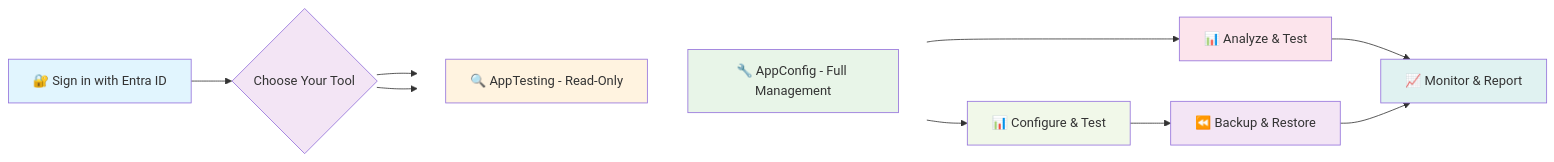
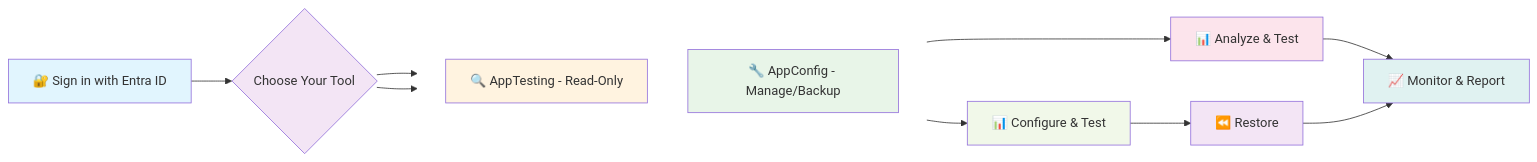
Before and after one commit to AppConfig-Org/AppConfig-Squared: the diagram in README.md, drawn with Mermaid.

Commit message:
Updated files: README.md

````diff
--- a/README.md
+++ b/README.md
@@ -114,32 +114,32 @@
 ```mermaid
 flowchart LR
     A[🔐 Sign in with Entra ID] --> B{Choose Your Tool}
 
     %% Vertically stack tool choices (AppTesting above AppConfig)
     subgraph S[ ]
       direction TB
       D[🔍 AppTesting - Read-Only]
-      C[🔧 AppConfig - Full Management]
+      C[🔧 AppConfig - Manage/Backup]
     end
     style S fill:transparent,stroke:transparent
 
     B --> D
     B --> C
 
     %% Paths
     D --> F[📊 Analyze & Test]
     C --> E[📊 Configure & Test]
-    E --> G[⏪ Backup & Restore]
+    E --> G[⏪ Restore]
     F --> H[📈 Monitor & Report]
     G --> H
 
     %% Styling
     style A fill:#e1f5fe
     style B fill:#f3e5f5
     style C fill:#e8f5e8
     style D fill:#fff3e0
     style E fill:#f1f8e9
     style F fill:#fce4ec
     style G fill:#f3e5f5
     style H fill:#e0f2f1
 ```
````
